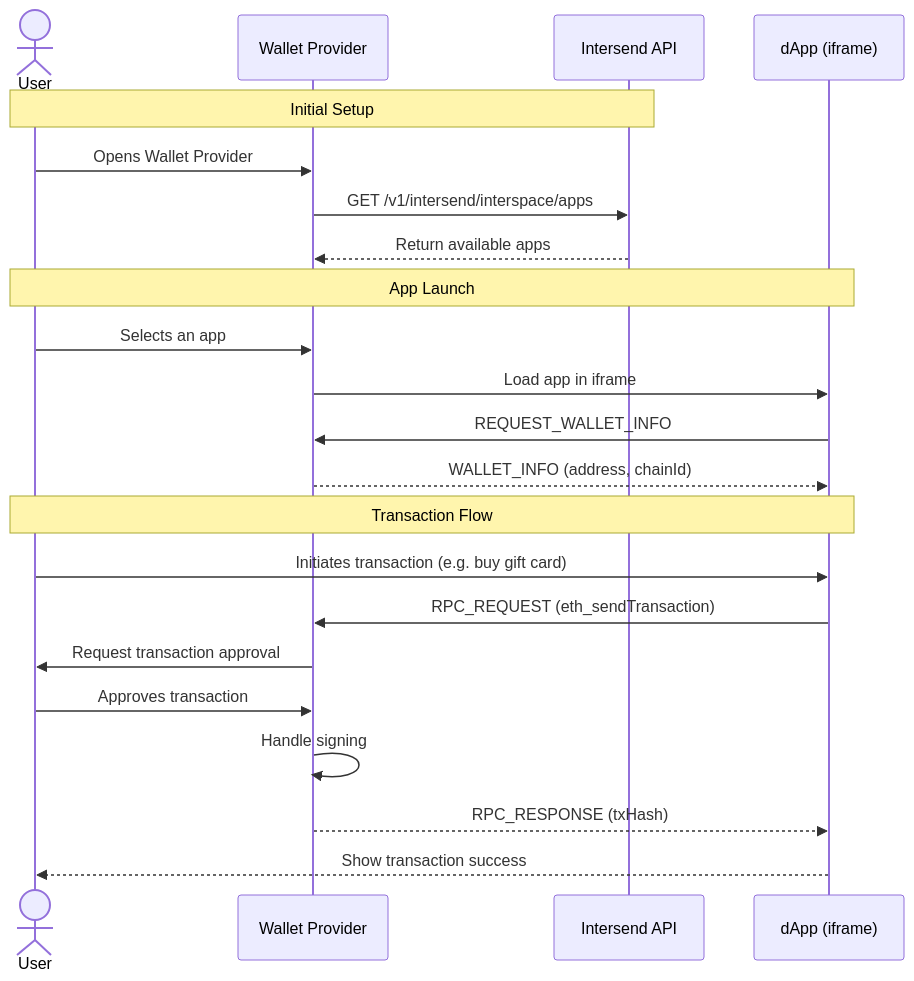
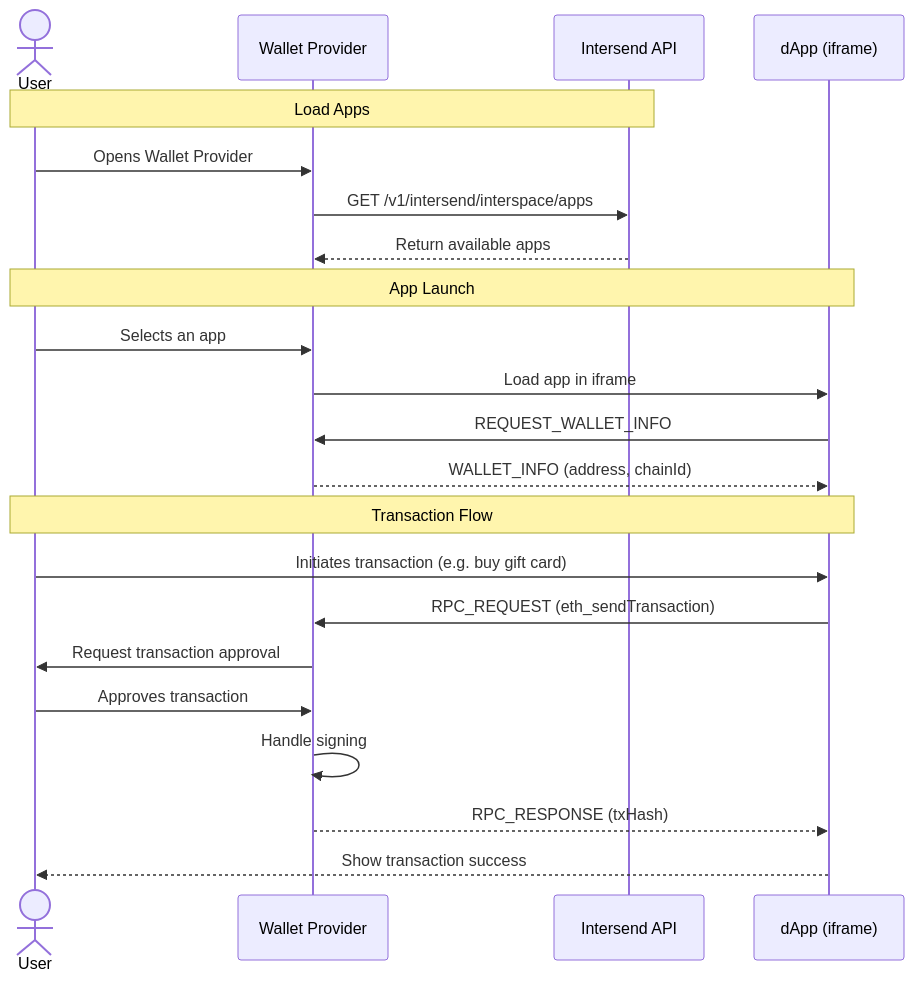
One commit to intersend/docs changed the diagram in overviewWaas.mdx. Above: the diagram before and after it, drawn with Mermaid. The commit also changed other lines of this file and 1 other file, not shown here.

````diff
--- a/overviewWaas.mdx
+++ b/overviewWaas.mdx
@@ -23,27 +20,27 @@
 ```mermaid
 sequenceDiagram
     actor User
     participant Wallet as Wallet Provider
     participant API as Intersend API
     participant App as dApp (iframe)
     
-    Note over User,API: Initial Setup
+    Note over User,API: Load Apps
     User->>Wallet: Opens Wallet Provider
     Wallet->>API: GET /v1/intersend/interspace/apps
     API-->>Wallet: Return available apps
     
     Note over User,App: App Launch
     User->>Wallet: Selects an app
     Wallet->>App: Load app in iframe
     App->>Wallet: REQUEST_WALLET_INFO
     Wallet-->>App: WALLET_INFO (address, chainId)
     
     Note over User,App: Transaction Flow
     User->>App: Initiates transaction (e.g. buy gift card)
     App->>Wallet: RPC_REQUEST (eth_sendTransaction)
     Wallet->>User: Request transaction approval
     User->>Wallet: Approves transaction
     Wallet->>Wallet: Handle signing
     Wallet-->>App: RPC_RESPONSE (txHash)
     App-->>User: Show transaction success
 ```
````
